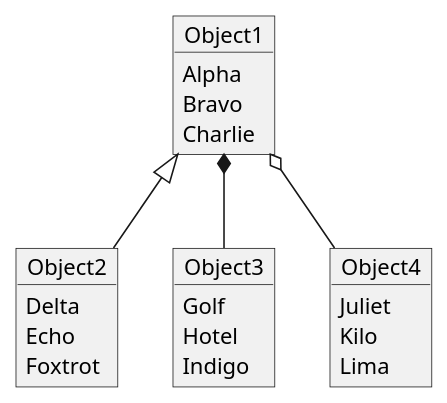
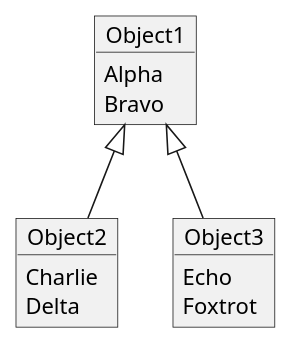
The fifth of 23 diagrams in README.md (joelparkerhenderson/plantuml-examples), drawn with PlantUML before and after one commit. The commit also changed other lines of this file and 3 other files, not shown here.

Commit message:
Add diagrams through ASCII art

````diff
--- a/README.md
+++ b/README.md
@@ -106,28 +107,23 @@
 ```plantuml
 @startuml
 skinparam monochrome true
+
 object Object1 {
   Alpha
   Bravo
+}
+
+object Object2 {
   Charlie
+  Delta
 }
-object Object2 {
-  Delta
+
+object Object3 {
   Echo
   Foxtrot
 }
-object Object3 {
-  Golf
-  Hotel
-  Indigo
-}
-object Object4 {
-  Juliet
-  Kilo
-  Lima
-}
+
 Object1 <|-- Object2
-Object1 *-- Object3
-Object1 o-- Object4
+Object1 <|-- Object3
 @enduml
 ```
````
